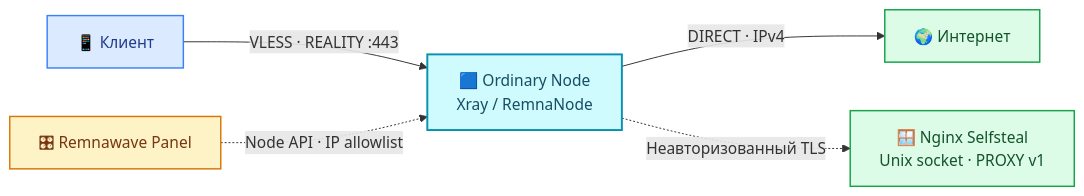
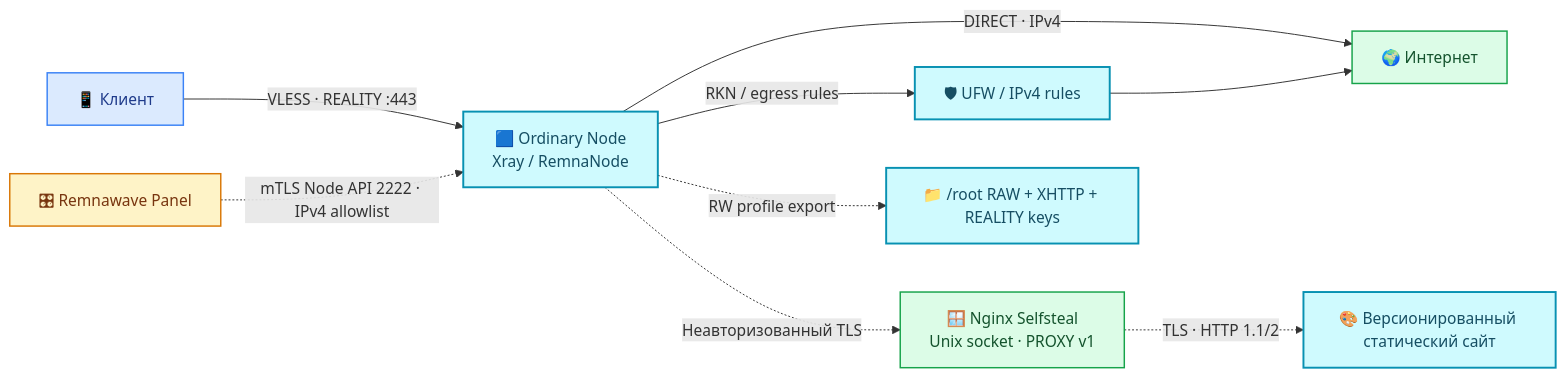
The first of 2 diagrams in README.md (SUXARIK-GITHUB/Node_Install), drawn with Mermaid before and after one commit. The commit also changed other lines of this file and 73 other files, not shown here.

````diff
--- a/README.md
+++ b/README.md
@@ -90,15 +107,19 @@
 ```mermaid
 flowchart LR
     C["📱 Клиент"] -->|"VLESS · REALITY :443"| O["🟦 Ordinary Node<br/>Xray / RemnaNode"]
     O -->|"DIRECT · IPv4"| I["🌍 Интернет"]
     O -.->|Неавторизованный TLS| W["🪟 Nginx Selfsteal<br/>Unix socket · PROXY v1"]
-    P["🎛 Remnawave Panel"] -.->|Node API · IP allowlist| O
+    P["🎛 Remnawave Panel"] -.->|mTLS Node API 2222 · IPv4 allowlist| O
+    O -->|RKN / egress rules| F["🛡 UFW / IPv4 rules"]
+    F --> I
+    O -.->|RW profile export| R["📁 /root RAW + XHTTP + REALITY keys"]
+    W -.->|TLS · HTTP 1.1/2| S["🎨 Версионированный статический сайт"]
     classDef user fill:#dbeafe,stroke:#3b82f6,color:#1e3a8a,stroke-width:1.5px;
     classDef node fill:#cffafe,stroke:#0891b2,color:#164e63,stroke-width:2px;
     classDef web fill:#dcfce7,stroke:#16a34a,color:#14532d,stroke-width:1.5px;
     classDef control fill:#fef3c7,stroke:#d97706,color:#78350f,stroke-width:1.5px;
     class C user;
     class O node;
     class I,W web;
     class P control;
 ```
````
